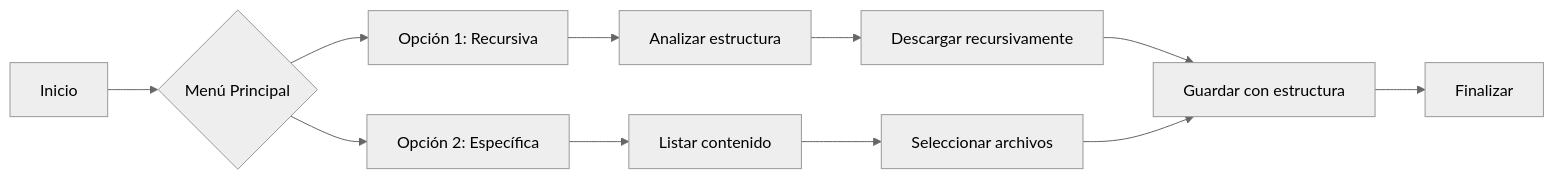
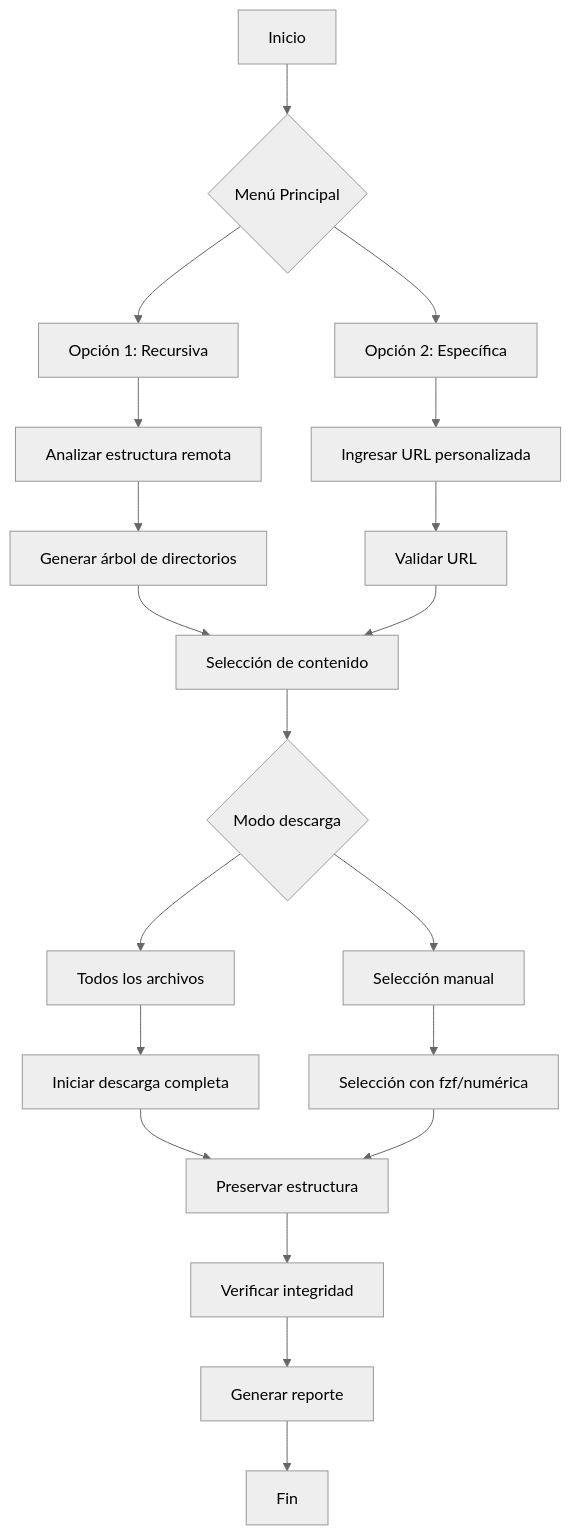
Before and after one commit to rodrigo47363/elhacker-downloader.sh: the diagram in README.md, drawn with Mermaid (neutral theme). The commit also changed other lines of this file, not shown here.

````diff
--- a/README.md
+++ b/README.md
@@ -76,13 +153,22 @@
 ```mermaid
-graph LR
+graph TD
     A[Inicio] --> B{Menú Principal}
     B --> C[Opción 1: Recursiva]
     B --> D[Opción 2: Específica]
-    C --> E[Analizar estructura]
-    D --> F[Listar contenido]
-    E --> G[Descargar recursivamente]
-    F --> H[Seleccionar archivos]
-    G --> I[Guardar con estructura]
+    C --> E[Analizar estructura remota]
+    D --> F[Ingresar URL personalizada]
+    E --> G[Generar árbol de directorios]
+    F --> H[Validar URL]
+    G --> I[Selección de contenido]
     H --> I
-    I --> J[Finalizar]
+    I --> J{Modo descarga}
+    J --> K[Todos los archivos]
+    J --> L[Selección manual]
+    K --> M[Iniciar descarga completa]
+    L --> N[Selección con fzf/numérica]
+    M --> O[Preservar estructura]
+    N --> O
+    O --> P[Verificar integridad]
+    P --> Q[Generar reporte]
+    Q --> R[Fin]
 ```
````
